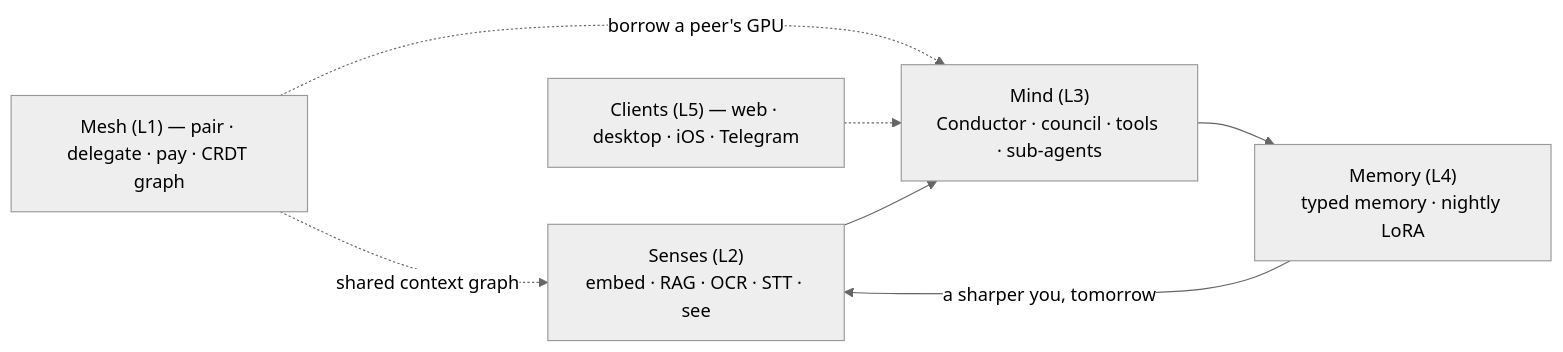
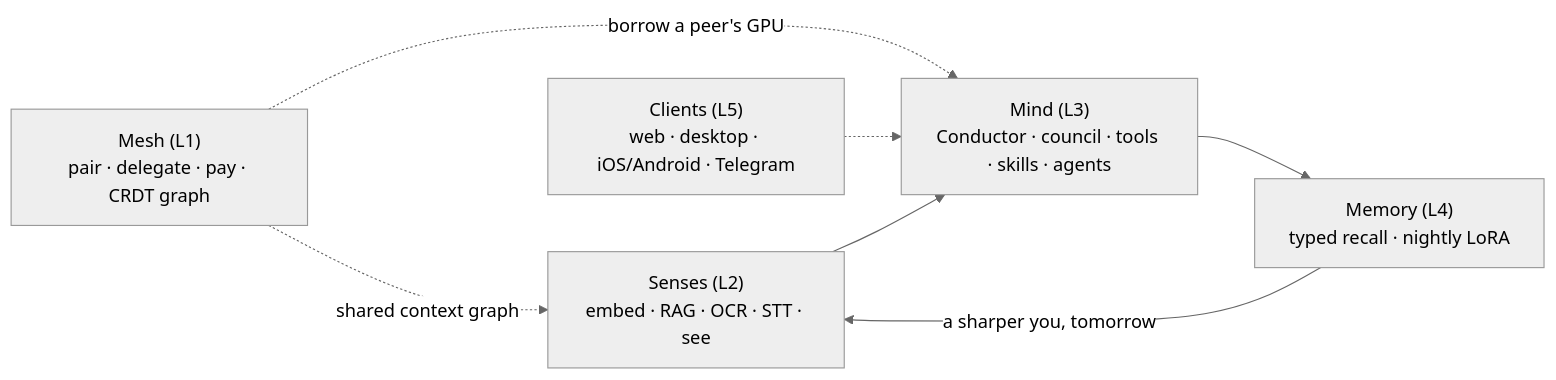
The first of 2 diagrams in README.md (danielAsaboro/Leash), drawn with Mermaid (neutral theme) before and after one commit. The commit also changed other lines of this file and 417 other files, not shown here.

````diff
--- a/README.md
+++ b/README.md
@@ -52,13 +61,14 @@
 ```mermaid
 flowchart LR
   S["Senses (L2)<br/>embed · RAG · OCR · STT · see"]
-  M["Mind (L3)<br/>Conductor · council · tools · sub-agents"]
-  MEM["Memory (L4)<br/>typed memory · nightly LoRA"]
+  M["Mind (L3)<br/>Conductor · council · tools · skills · agents"]
+  MEM["Memory (L4)<br/>typed recall · nightly LoRA"]
+  MESH["Mesh (L1)<br/>pair · delegate · pay · CRDT graph"]
+  CL["Clients (L5)<br/>web · desktop · iOS/Android · Telegram"]
+
   S --> M --> MEM
   MEM -->|"a sharper you, tomorrow"| S
-  MESH["Mesh (L1) — pair · delegate · pay · CRDT graph"]
-  CL["Clients (L5) — web · desktop · iOS · Telegram"]
-  MESH -.->|borrow a peer's GPU| M
-  MESH -.->|shared context graph| S
+  MESH -.->|"borrow a peer's GPU"| M
+  MESH -.->|"shared context graph"| S
   CL -.-> M
 ```
````
